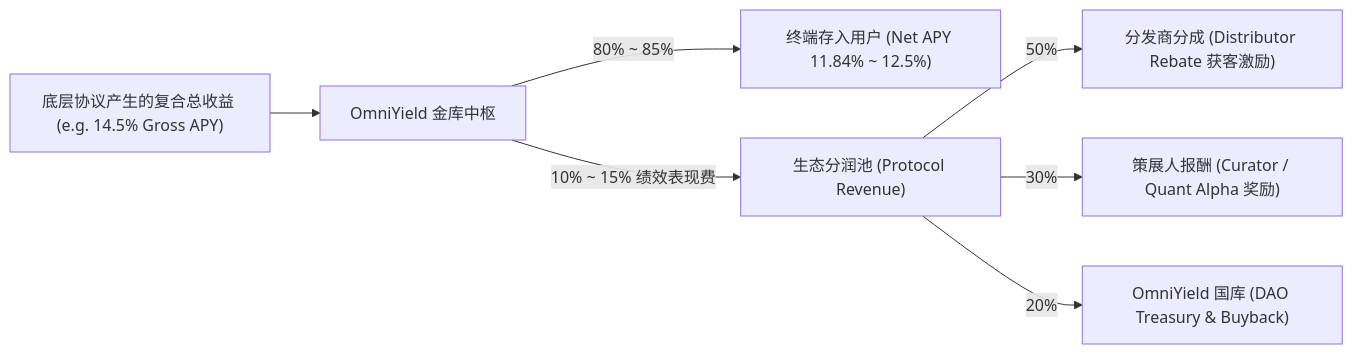
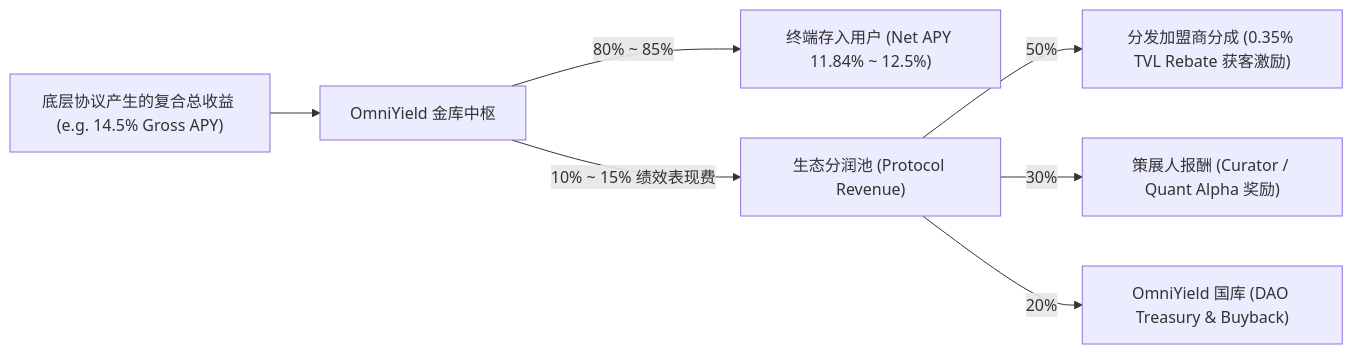
One commit to GOSUN-CAPITAL/omniyield-protocol changed the second of 3 diagrams in docs/OMNIYIELD_ENTERPRISE_EARN_STACK_BLUEPRINT.md. Above: the diagram before and after it, drawn with Mermaid. The commit also changed other lines of this file and 8 other files, not shown here.

````diff
--- a/docs/OMNIYIELD_ENTERPRISE_EARN_STACK_BLUEPRINT.md
+++ b/docs/OMNIYIELD_ENTERPRISE_EARN_STACK_BLUEPRINT.md
@@ -148,9 +132,9 @@
 ```mermaid
 flowchart LR
     A["底层协议产生的复合总收益 (e.g. 14.5% Gross APY)"] --> B["OmniYield 金库中枢"]
     B -->|80% ~ 85%| C["终端存入用户 (Net APY 11.84% ~ 12.5%)"]
     B -->|10% ~ 15% 绩效表现费| D["生态分润池 (Protocol Revenue)"]
-    D -->|50%| E["分发商分成 (Distributor Rebate 获客激励)"]
+    D -->|50%| E["分发加盟商分成 (0.35% TVL Rebate 获客激励)"]
     D -->|30%| F["策展人报酬 (Curator / Quant Alpha 奖励)"]
     D -->|20%| G["OmniYield 国库 (DAO Treasury & Buyback)"]
 ```
````
